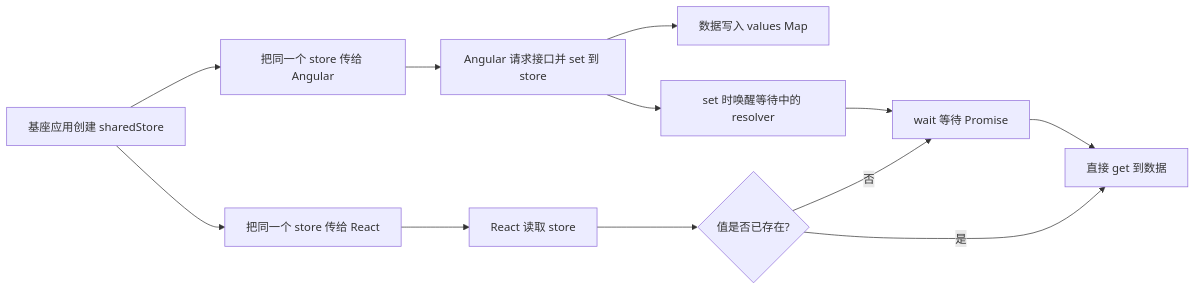
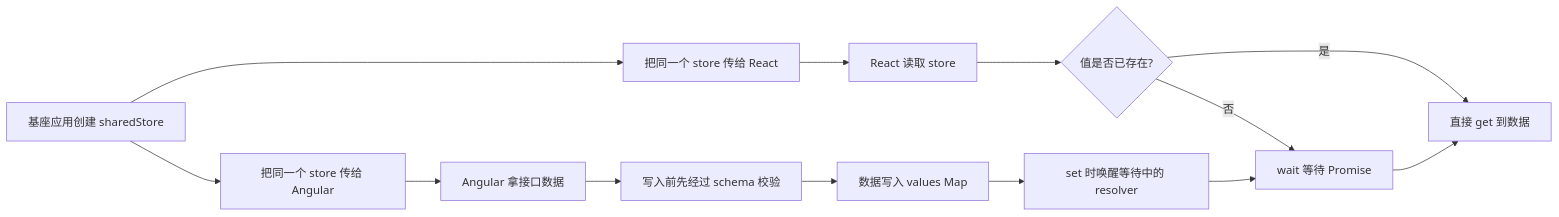
One commit to deltamx-ai/shared-service changed the diagram in README.md. Above: the diagram before and after it, drawn with Mermaid. The commit also changed other lines of this file and 4 other files, not shown here.

Commit message:
feat: add shared contract schemas

````diff
--- a/README.md
+++ b/README.md
@@ -53,14 +87,15 @@
 ```mermaid
 flowchart LR
   A[基座应用创建 sharedStore] --> B[把同一个 store 传给 Angular]
   A --> C[把同一个 store 传给 React]
-  B --> D[Angular 请求接口并 set 到 store]
-  D --> E[数据写入 values Map]
-  C --> F[React 读取 store]
-  F --> G{值是否已存在?}
-  G -- 是 --> H[直接 get 到数据]
-  G -- 否 --> I[wait 等待 Promise]
-  D --> J[set 时唤醒等待中的 resolver]
+  B --> D[Angular 拿接口数据]
+  D --> E[写入前先经过 schema 校验]
+  E --> F[数据写入 values Map]
+  C --> G[React 读取 store]
+  G --> H{值是否已存在?}
+  H -- 是 --> I[直接 get 到数据]
+  H -- 否 --> J[wait 等待 Promise]
+  F --> K[set 时唤醒等待中的 resolver]
+  K --> J
   J --> I
-  I --> H
 ```
````
